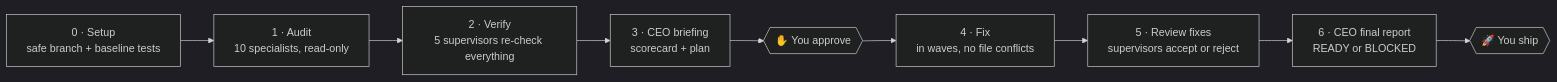
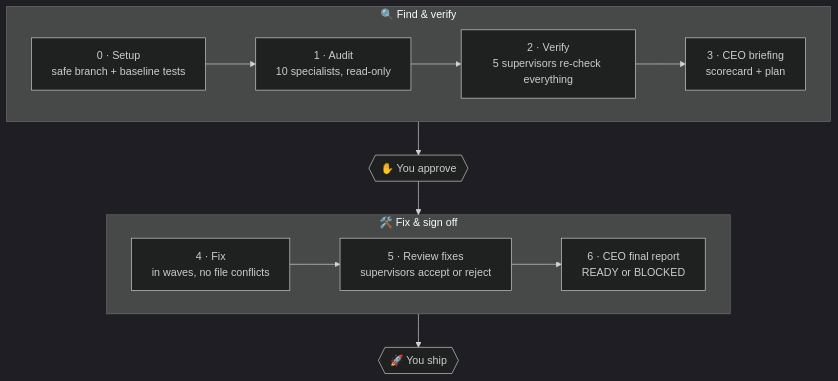
One commit to Nishant1600/ai-website-audit-team changed the diagram in README.md. Above: the diagram before and after it, drawn with Mermaid (dark theme).

Commit message:
docs: make the run flowchart readable

````diff
--- a/README.md
+++ b/README.md
@@ -57,11 +57,13 @@
 ```mermaid
-flowchart LR
-    A["0 · Setup<br/>safe branch + baseline tests"] --> B["1 · Audit<br/>10 specialists, read-only"]
-    B --> C["2 · Verify<br/>5 supervisors re-check everything"]
-    C --> D["3 · CEO briefing<br/>scorecard + plan"]
-    D --> E{{"✋ You approve"}}
-    E --> F["4 · Fix<br/>in waves, no file conflicts"]
-    F --> G["5 · Review fixes<br/>supervisors accept or reject"]
-    G --> H["6 · CEO final report<br/>READY or BLOCKED"]
+flowchart TB
+    subgraph find ["🔍 Find & verify"]
+        direction LR
+        A["0 · Setup<br/>safe branch + baseline tests"] --> B["1 · Audit<br/>10 specialists, read-only"] --> C["2 · Verify<br/>5 supervisors re-check everything"] --> D["3 · CEO briefing<br/>scorecard + plan"]
+    end
+    subgraph fix ["🛠️ Fix & sign off"]
+        direction LR
+        F["4 · Fix<br/>in waves, no file conflicts"] --> G["5 · Review fixes<br/>supervisors accept or reject"] --> H["6 · CEO final report<br/>READY or BLOCKED"]
+    end
+    D --> E{{"✋ You approve"}} --> F
     H --> I{{"🚀 You ship"}}
 ```
````
